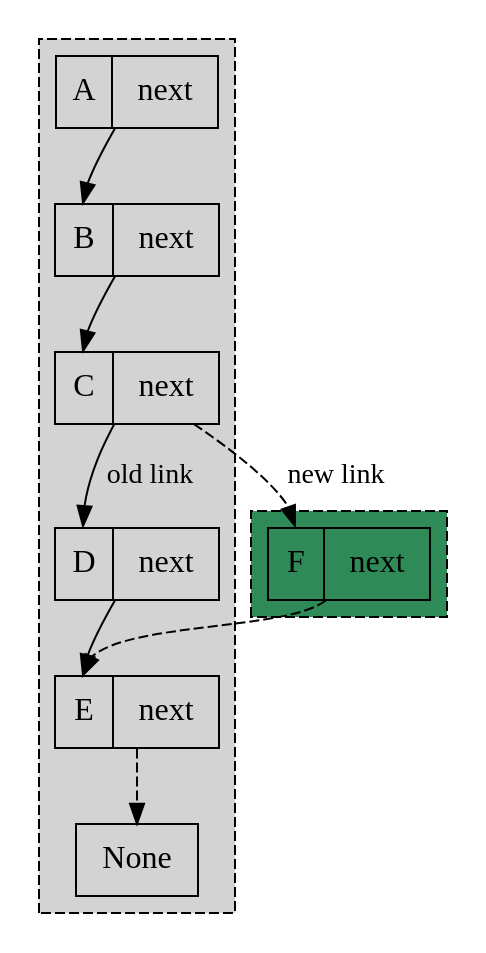
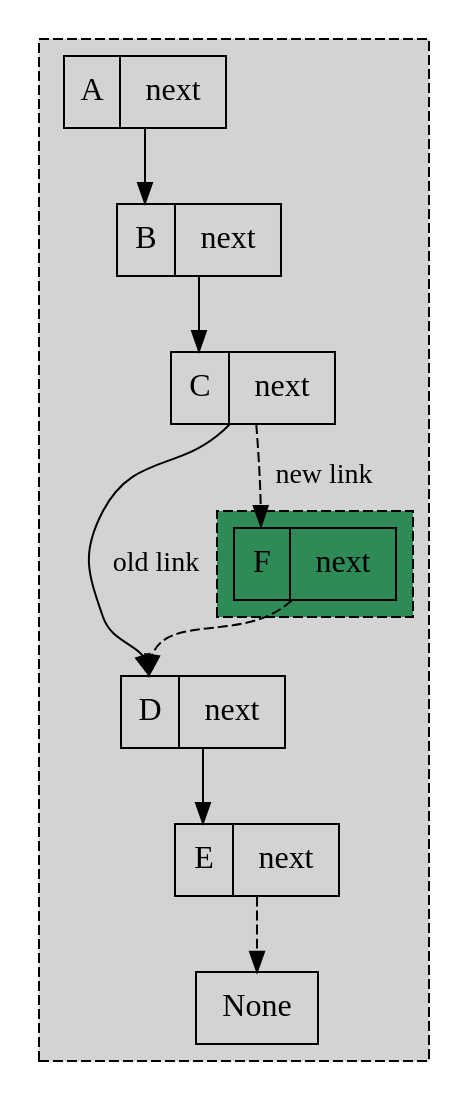
The second of 2 diagrams in doc/source/4_abstract_data_types.rst (object-oriented-python/object-oriented-programming), drawn with Graphviz before and after one commit. The commit also changed other lines of this file, not shown here.

Commit message:
updated diagrams

```diff
--- a/doc/source/4_abstract_data_types.rst
+++ b/doc/source/4_abstract_data_types.rst
@@ -523,7 +523,7 @@
 		shape = "record"
 		];
 
-		}
+		
 
 		subgraph cluster_2 {
 				style="ellipse, dashed";
@@ -554,11 +554,11 @@
 
 		"node1":f1 -> "node5":f0 [
 		id = 4
-		label ="new link"
+		label =" new link"
 		style= "dashed"
 		];
 
-		"node5":f1 -> "node3":f0 [
+		"node5":f1 -> "node2":f0 [
 		id = 5
 		style= "dashed"
 		];
@@ -568,3 +568,4 @@
         style = dashed
 		];
 	}
+	}
```
